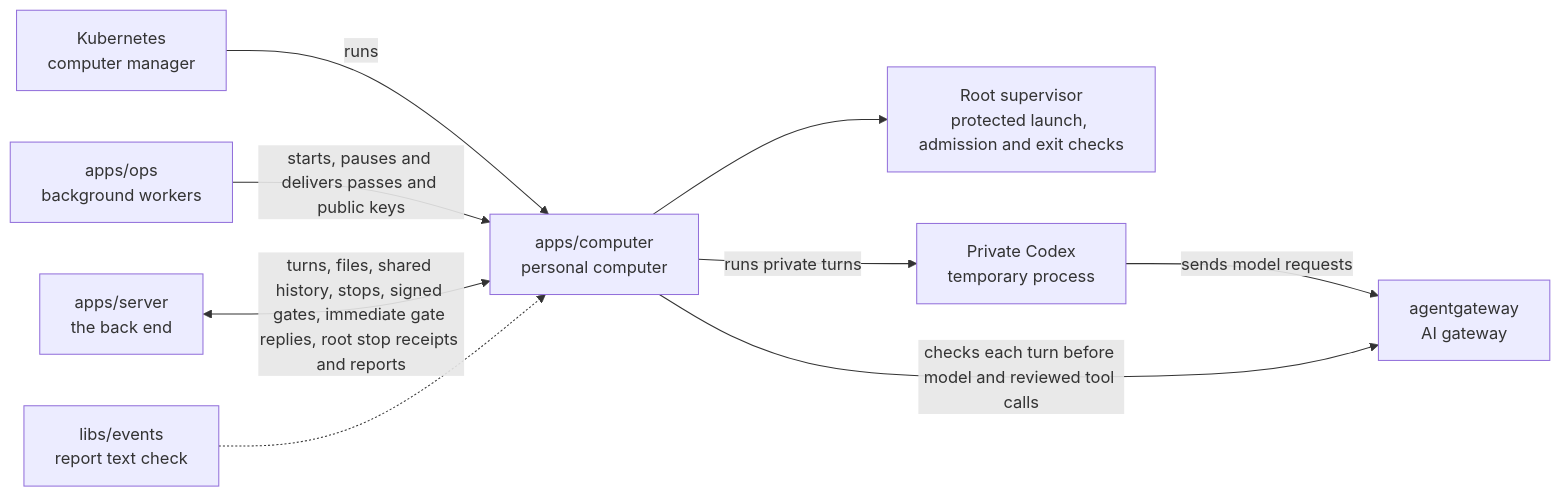
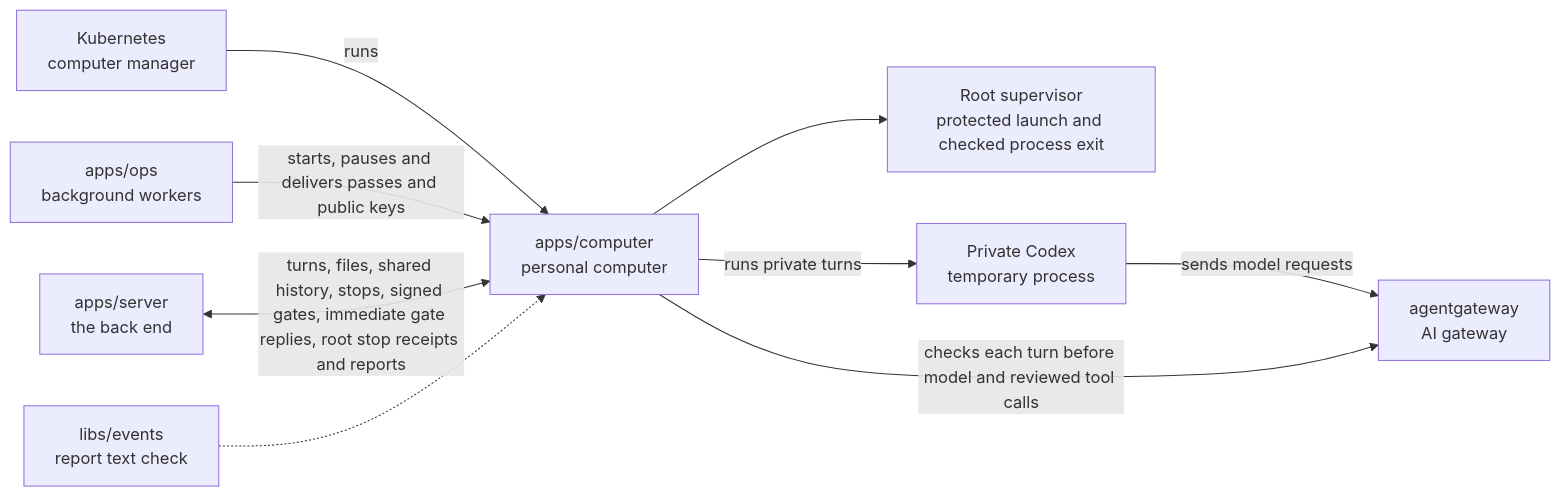
The diagram in apps/computer/README.md (elewa-git/opencrane-new), drawn with Mermaid before and after one commit. The commit also changed other lines of this file and 6 other files, not shown here.

Commit message:
🛑 Check process identity before confirming executor exit

````diff
--- a/apps/computer/README.md
+++ b/apps/computer/README.md
@@ -22,11 +22,11 @@
 ```mermaid
 flowchart LR
   kube["Kubernetes<br/>computer manager"] -->|runs| computer["apps/computer<br/>personal computer"]
   ops["apps/ops<br/>background workers"] -->|starts, pauses and delivers passes and public keys| computer
   server["apps/server<br/>the back end"] <-->|turns, files, shared history, stops, signed gates, immediate gate replies, root stop receipts and reports| computer
   events["libs/events<br/>report text check"] -.-> computer
-  computer --> supervisor["Root supervisor<br/>protected launch, admission and exit checks"]
+  computer --> supervisor["Root supervisor<br/>protected launch and checked process exit"]
   computer -->|runs private turns| private["Private Codex<br/>temporary process"]
   private -->|sends model requests| gateway
   computer -->|checks each turn before model and reviewed tool calls| gateway["agentgateway<br/>AI gateway"]
 ```
````
